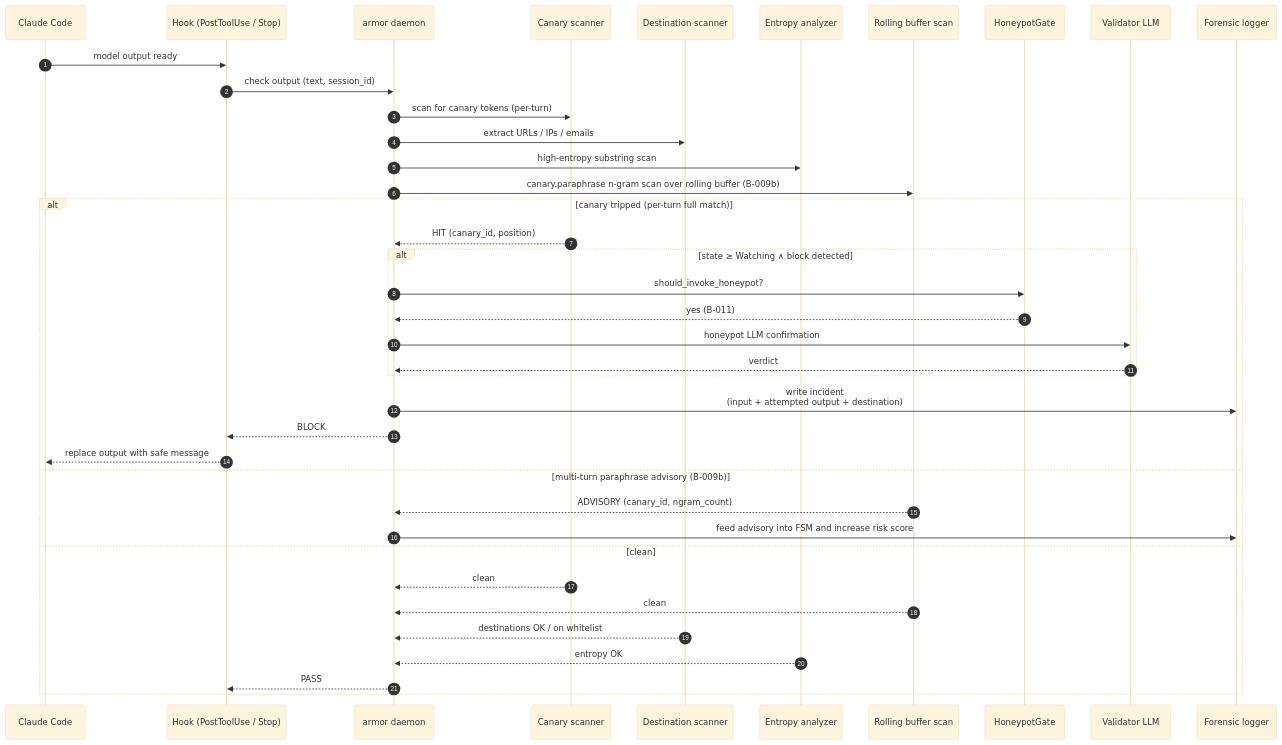
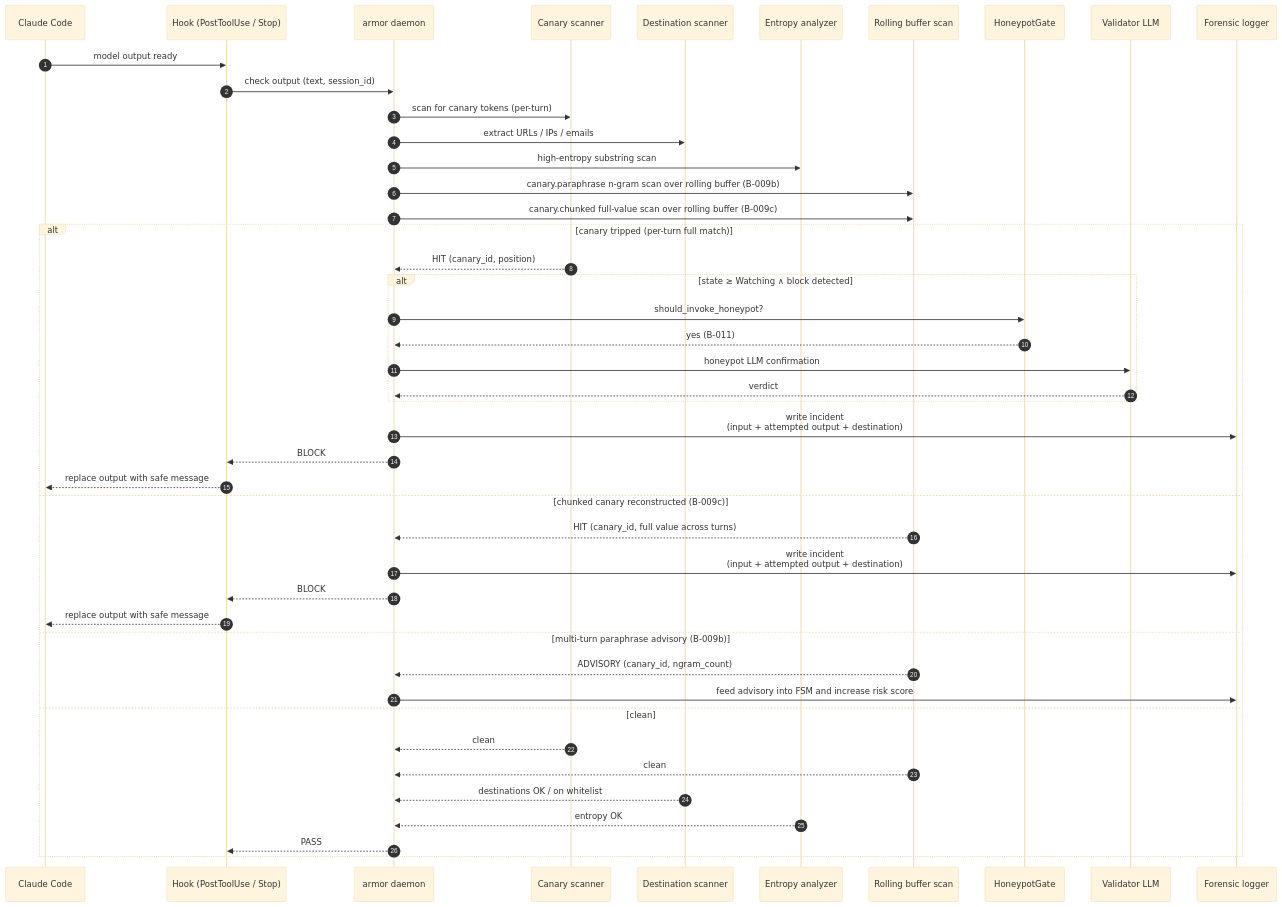
Before and after one commit to tkdtaylor/armor: the fourth of 9 diagrams in docs/architecture/diagrams.md, drawn with Mermaid (base theme). The commit also changed other lines of this file and 2 other files, not shown here.

First line of the commit message:
docs: fix drift — document canary.chunked + cross_boundary_override detectors [allow-main]

````diff
--- a/docs/architecture/diagrams.md
+++ b/docs/architecture/diagrams.md
@@ -183,42 +183,48 @@
 ```mermaid
 sequenceDiagram
     autonumber
     participant CC as Claude Code
     participant H as Hook (PostToolUse / Stop)
     participant D as armor daemon
     participant CS as Canary scanner
     participant DS as Destination scanner
     participant ES as Entropy analyzer
     participant RB as Rolling buffer scan
     participant HG as HoneypotGate
     participant V as Validator LLM
     participant FL as Forensic logger
 
     CC->>H: model output ready
     H->>D: check output (text, session_id)
     D->>CS: scan for canary tokens (per-turn)
     D->>DS: extract URLs / IPs / emails
     D->>ES: high-entropy substring scan
     D->>RB: canary.paraphrase n-gram scan over rolling buffer (B-009b)
+    D->>RB: canary.chunked full-value scan over rolling buffer (B-009c)
     alt canary tripped (per-turn full match)
         CS-->>D: HIT (canary_id, position)
         alt state ≥ Watching ∧ block detected
             D->>HG: should_invoke_honeypot?
             HG-->>D: yes (B-011)
             D->>V: honeypot LLM confirmation
             V-->>D: verdict
         end
+        D->>FL: write incident<br/>(input + attempted output + destination)
+        D-->>H: BLOCK
+        H-->>CC: replace output with safe message
+    else chunked canary reconstructed (B-009c)
+        RB-->>D: HIT (canary_id, full value across turns)
         D->>FL: write incident<br/>(input + attempted output + destination)
         D-->>H: BLOCK
         H-->>CC: replace output with safe message
     else multi-turn paraphrase advisory (B-009b)
         RB-->>D: ADVISORY (canary_id, ngram_count)
         D->>FL: feed advisory into FSM and increase risk score
     else clean
         CS-->>D: clean
         RB-->>D: clean
         DS-->>D: destinations OK / on whitelist
         ES-->>D: entropy OK
         D-->>H: PASS
     end
 ```
````
